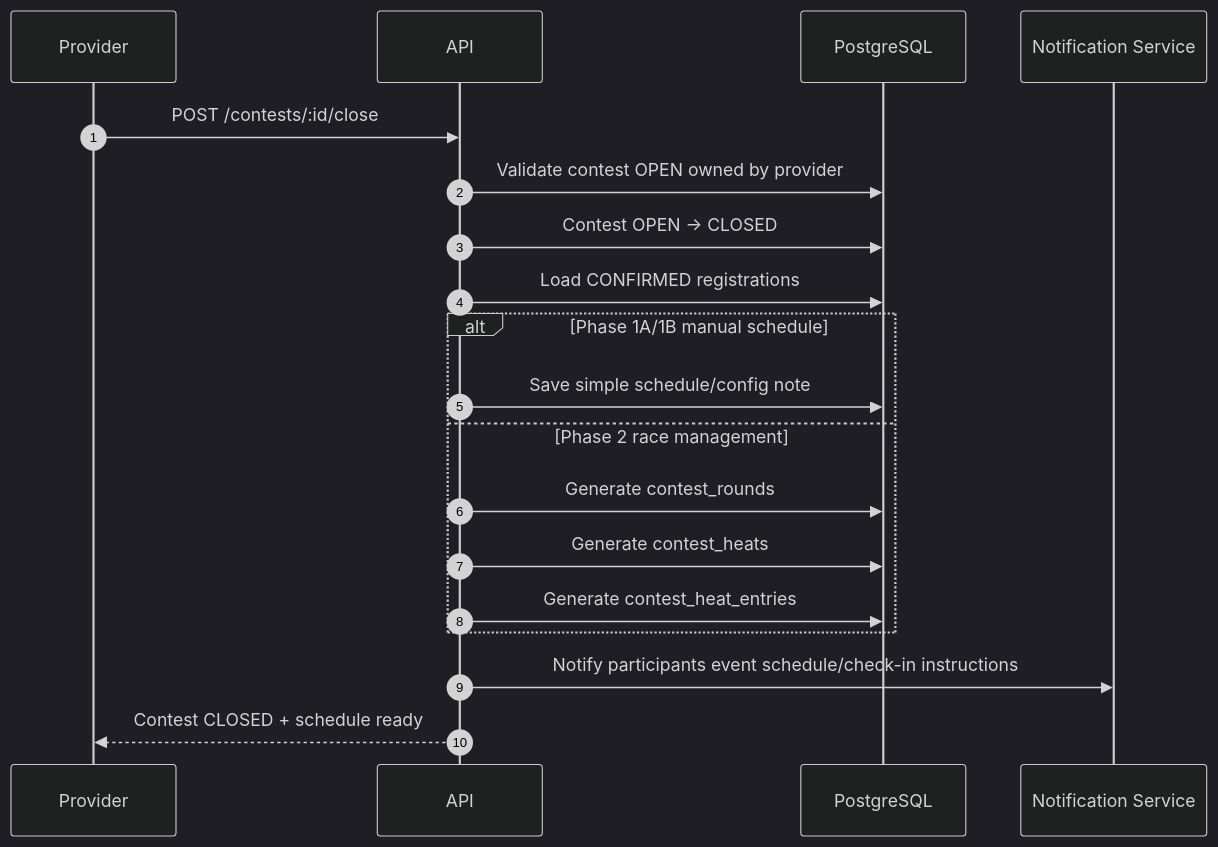
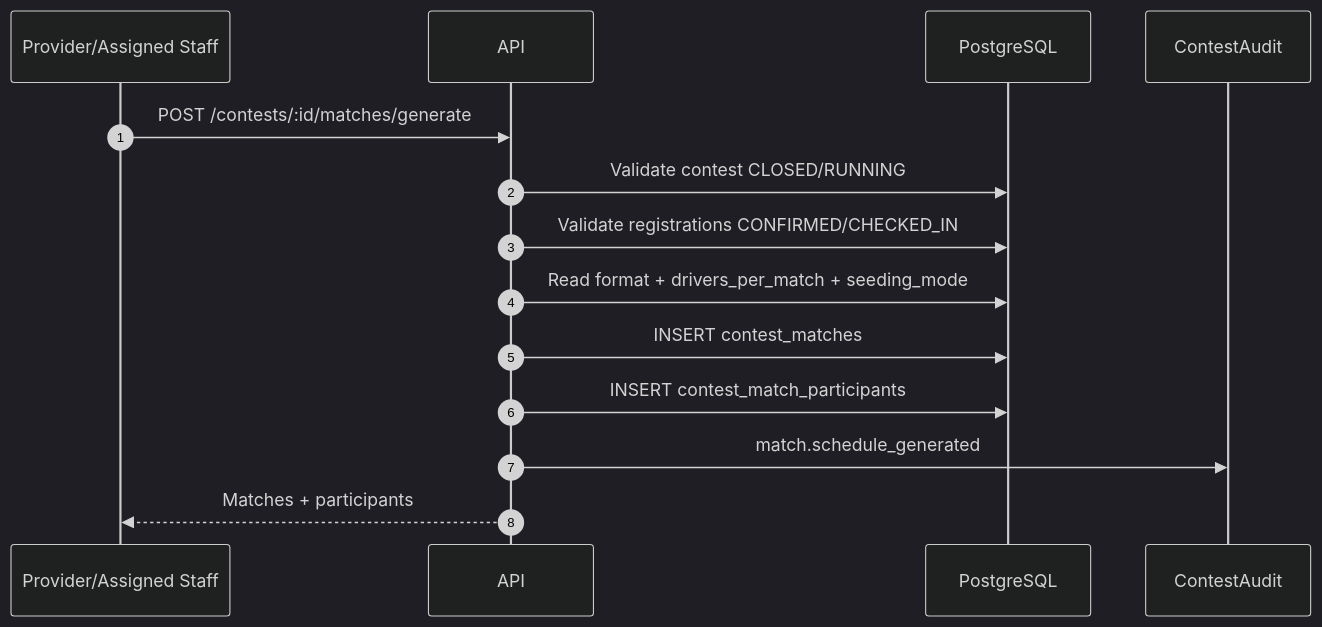
The sixth of 10 diagrams in docs/diagrams/sequence/sequence-flow-contest-lifecycle.md (RCField-SEP490/rcfield-spec), drawn with Mermaid (dark theme) before and after one commit. The commit also changed other lines of this file and 8 other files, not shown here.

````diff
--- a/docs/diagrams/sequence/sequence-flow-contest-lifecycle.md
+++ b/docs/diagrams/sequence/sequence-flow-contest-lifecycle.md
@@ -197,22 +158,17 @@
 ```mermaid
 sequenceDiagram
     autonumber
-    participant P as Provider
+    participant O as Provider/Assigned Staff
     participant API as API
     participant DB as PostgreSQL
-    participant N as Notification Service
+    participant Audit as ContestAudit
 
-    P->>API: POST /contests/:id/close
-    API->>DB: Validate contest OPEN owned by provider
-    API->>DB: Contest OPEN -> CLOSED
-    API->>DB: Load CONFIRMED registrations
-    alt Phase 1A/1B manual schedule
-        API->>DB: Save simple schedule/config note
-    else Phase 2 race management
-        API->>DB: Generate contest_rounds
-        API->>DB: Generate contest_heats
-        API->>DB: Generate contest_heat_entries
-    end
-    API->>N: Notify participants event schedule/check-in instructions
-    API-->>P: Contest CLOSED + schedule ready
+    O->>API: POST /contests/:id/matches/generate
+    API->>DB: Validate contest CLOSED/RUNNING
+    API->>DB: Validate registrations CONFIRMED/CHECKED_IN
+    API->>DB: Read format + drivers_per_match + seeding_mode
+    API->>DB: INSERT contest_matches
+    API->>DB: INSERT contest_match_participants
+    API->>Audit: match.schedule_generated
+    API-->>O: Matches + participants
 ```
````
